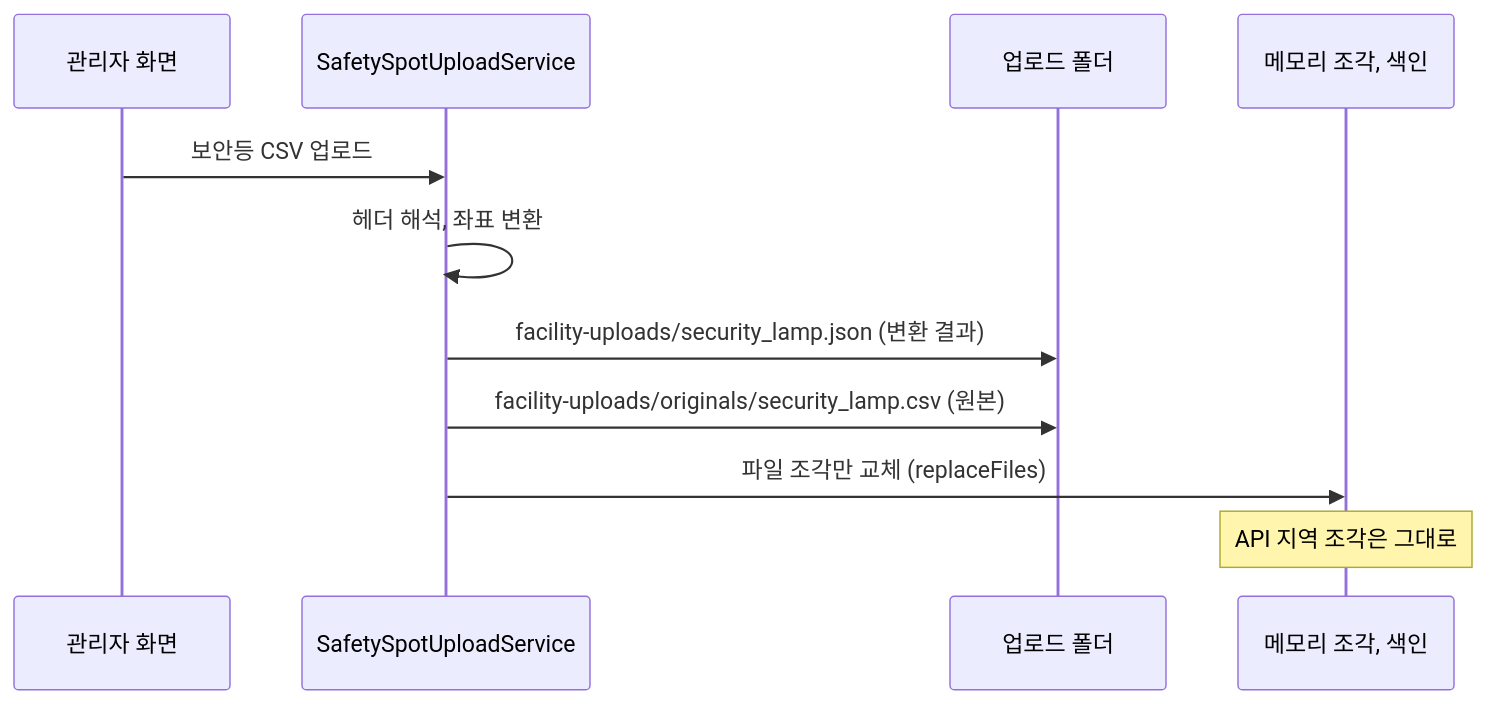
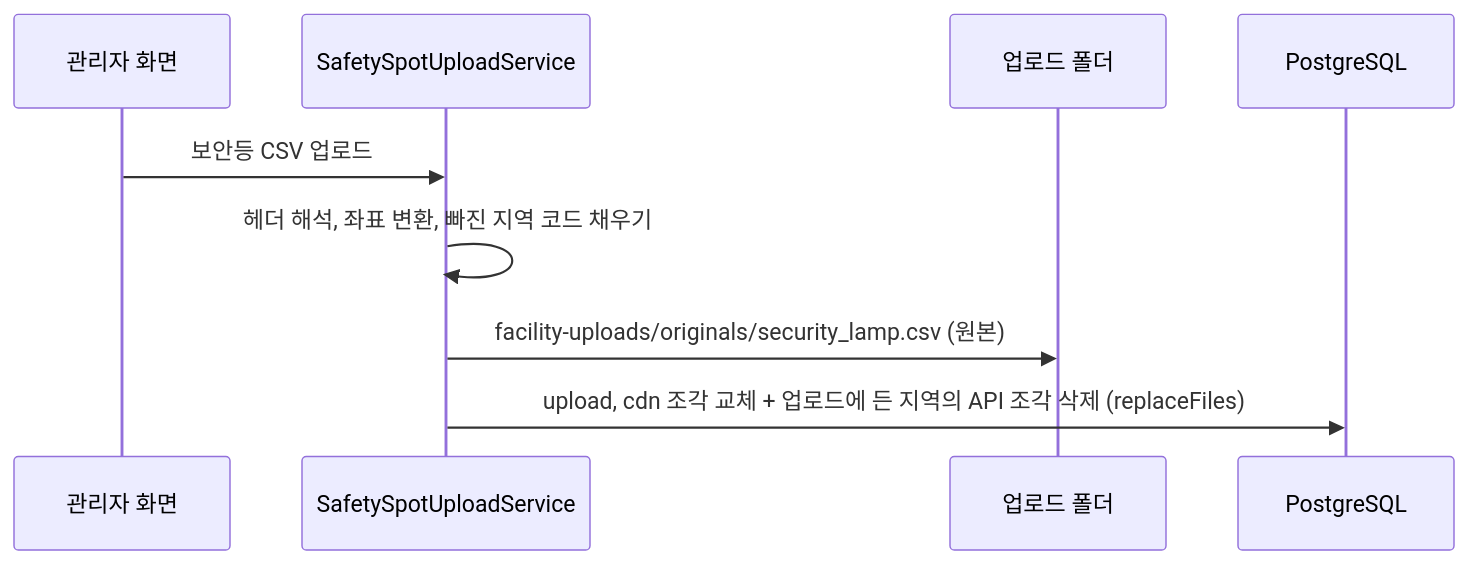
The third of 4 diagrams in docs/DATA_STORAGE.md (soo-ai-agent/bueongi-backend), drawn with Mermaid before and after one commit. The commit also changed other lines of this file and 11 other files, not shown here.

````diff
--- a/docs/DATA_STORAGE.md
+++ b/docs/DATA_STORAGE.md
@@ -274,14 +178,12 @@
 ```mermaid
 sequenceDiagram
     participant Admin as 관리자 화면
     participant Upload as SafetySpotUploadService
     participant Disk as 업로드 폴더
-    participant Mem as 메모리 조각, 색인
+    participant DB as PostgreSQL
 
     Admin->>Upload: 보안등 CSV 업로드
-    Upload->>Upload: 헤더 해석, 좌표 변환
-    Upload->>Disk: facility-uploads/security_lamp.json (변환 결과)
+    Upload->>Upload: 헤더 해석, 좌표 변환, 빠진 지역 코드 채우기
     Upload->>Disk: facility-uploads/originals/security_lamp.csv (원본)
-    Upload->>Mem: 파일 조각만 교체 (replaceFiles)
-    Note over Mem: API 지역 조각은 그대로
+    Upload->>DB: upload, cdn 조각 교체 + 업로드에 든 지역의 API 조각 삭제 (replaceFiles)
 ```
````
